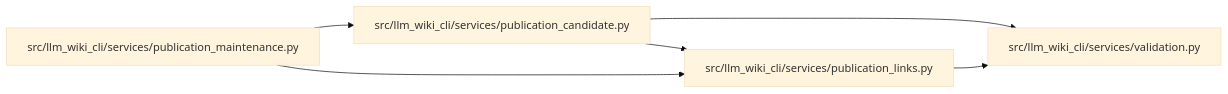
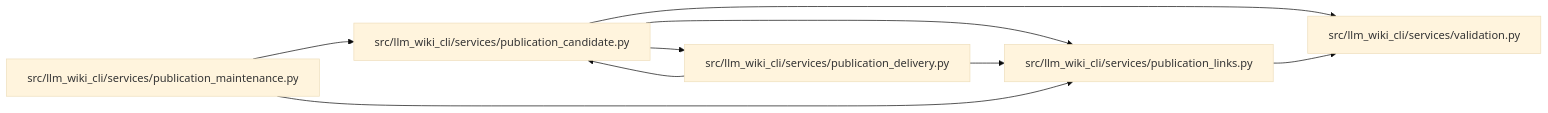
The diagram in docs/llm_wiki/modules/publication_links.md (Denissvgn/python-wiki-llm), drawn with Mermaid (base theme) before and after one commit. The commit also changed other lines of this file and 297 other files, not shown here.

````diff
--- a/docs/llm_wiki/modules/publication_links.md
+++ b/docs/llm_wiki/modules/publication_links.md
@@ -27,16 +27,21 @@
 ```mermaid
 flowchart LR
     n0["src/llm_wiki_cli/services/publication_candidate.py"]
-    n1["src/llm_wiki_cli/services/publication_links.py"]
-    n2["src/llm_wiki_cli/services/publication_maintenance.py"]
-    n3["src/llm_wiki_cli/services/validation.py"]
+    n1["src/llm_wiki_cli/services/publication_delivery.py"]
+    n2["src/llm_wiki_cli/services/publication_links.py"]
+    n3["src/llm_wiki_cli/services/publication_maintenance.py"]
+    n4["src/llm_wiki_cli/services/validation.py"]
     n0 --> n1
-    n0 --> n3
-    n1 --> n3
-    n2 --> n0
-    n2 --> n1
+    n0 --> n2
+    n0 --> n4
+    n1 --> n0
+    n1 --> n2
+    n2 --> n4
+    n3 --> n0
+    n3 --> n2
     click n0 "../modules/publication_candidate.md"
-    click n1 "../modules/publication_links.md"
-    click n2 "../modules/publication_maintenance.md"
-    click n3 "../modules/validation.md"
+    click n1 "../modules/publication_delivery.md"
+    click n2 "../modules/publication_links.md"
+    click n3 "../modules/publication_maintenance.md"
+    click n4 "../modules/validation.md"
 ```
````
